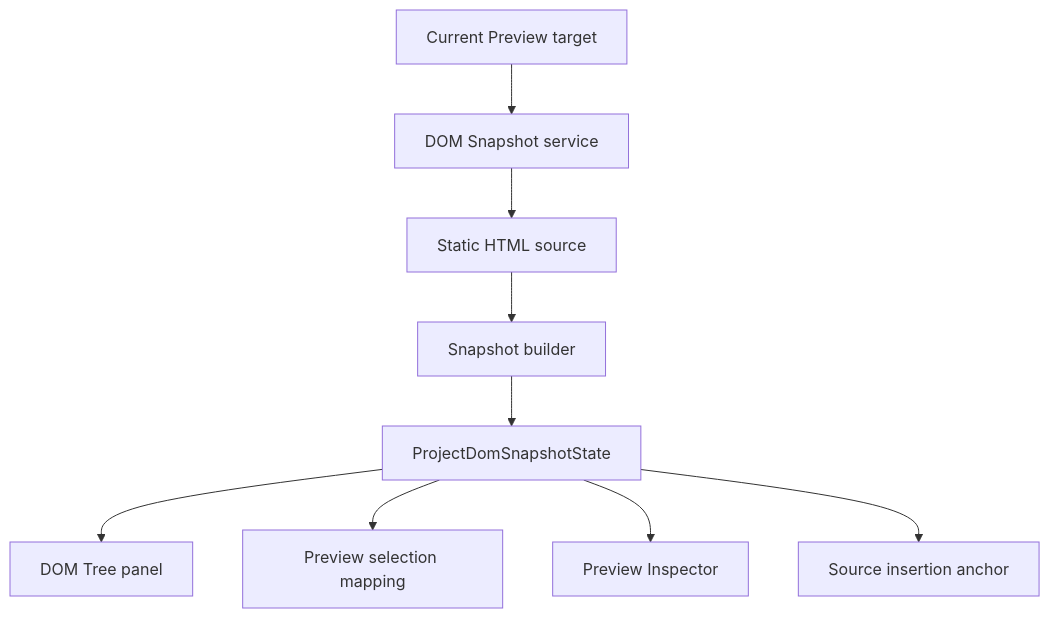
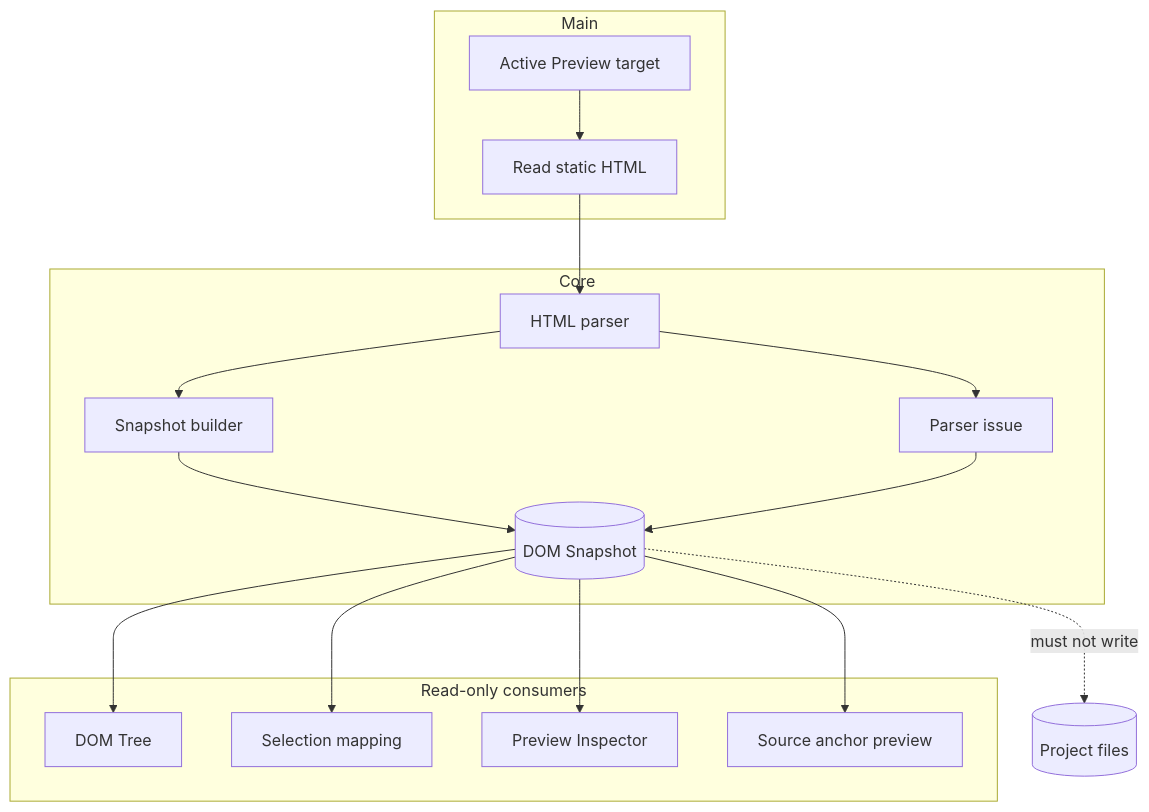
One commit to krestosa/Crystal changed the diagram in docs/architecture/preview/dom-snapshot.md. Above: the diagram before and after it, drawn with Mermaid. The commit also changed other lines of this file and 12 other files, not shown here.

````diff
--- a/docs/architecture/preview/dom-snapshot.md
+++ b/docs/architecture/preview/dom-snapshot.md
@@ -15,11 +66,30 @@
 ```mermaid
 flowchart TD
-  PreviewTarget[Current Preview target] --> MainService[DOM Snapshot service]
-  MainService --> SourceFile[Static HTML source]
-  SourceFile --> Builder[Snapshot builder]
-  Builder --> Snapshot[ProjectDomSnapshotState]
-  Snapshot --> DomTree[DOM Tree panel]
-  Snapshot --> Mapping[Preview selection mapping]
-  Snapshot --> Inspector[Preview Inspector]
-  Snapshot --> SourceAnchor[Source insertion anchor]
+  subgraph Main[Main]
+    Target[Active Preview target]
+    SourceRead[Read static HTML]
+  end
+
+  subgraph Core[Core]
+    Parser[HTML parser]
+    Builder[Snapshot builder]
+    Snapshot[(DOM Snapshot)]
+    Issue[Parser issue]
+  end
+
+  subgraph Consumers[Read-only consumers]
+    Tree[DOM Tree]
+    Mapping[Selection mapping]
+    Inspector[Preview Inspector]
+    Anchor[Source anchor preview]
+  end
+
+  Target --> SourceRead --> Parser
+  Parser --> Builder --> Snapshot
+  Parser --> Issue --> Snapshot
+  Snapshot --> Tree
+  Snapshot --> Mapping
+  Snapshot --> Inspector
+  Snapshot --> Anchor
+  Snapshot -. must not write .-> Files[(Project files)]
 ```
````
